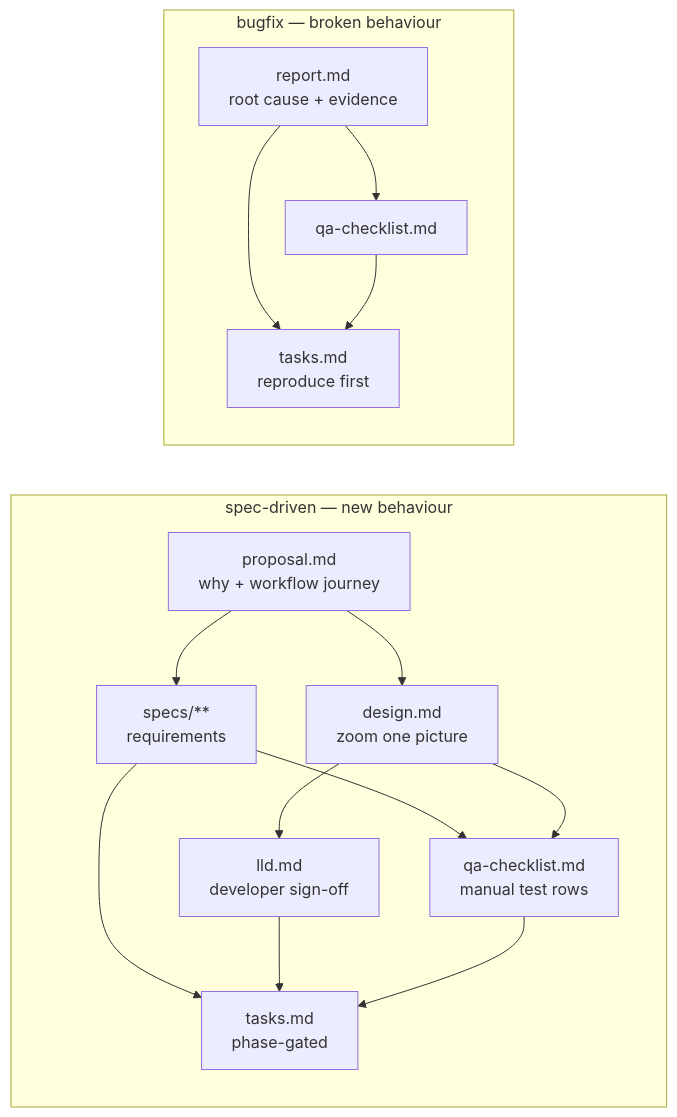
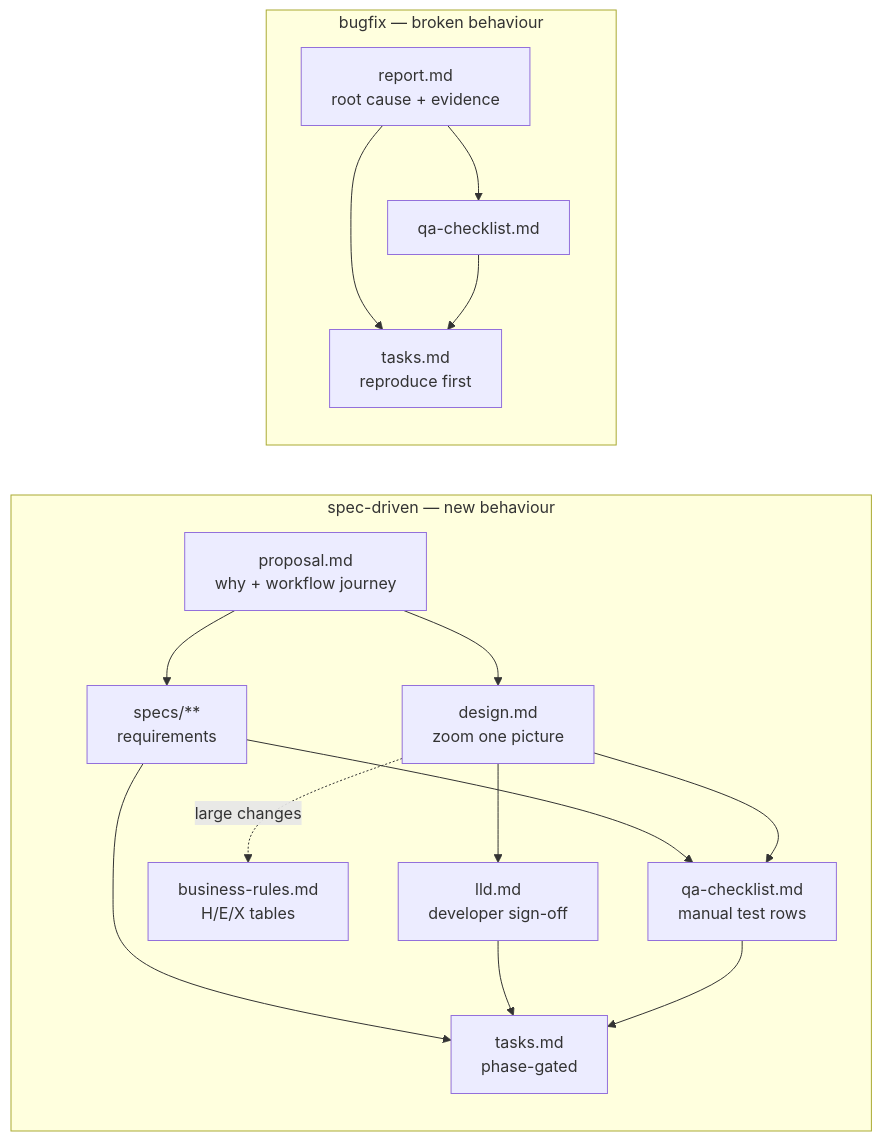
Before and after one commit to ausangshukla/openspec-templates: the diagram in README.md, drawn with Mermaid. The commit also changed other lines of this file and 6 other files, not shown here.

First line of the commit message:
Add business-rules.md split for large changes

````diff
--- a/README.md
+++ b/README.md
@@ -12,18 +12,19 @@
 ```mermaid
 flowchart LR
     subgraph SD["spec-driven — new behaviour"]
         P["proposal.md<br/>why + workflow journey"] --> S["specs/**<br/>requirements"]
         P --> D["design.md<br/>zoom one picture"]
         D --> L["lld.md<br/>developer sign-off"]
+        D -. "large changes" .-> B["business-rules.md<br/>H/E/X tables"]
         S --> Q["qa-checklist.md<br/>manual test rows"]
         D --> Q
         S --> T["tasks.md<br/>phase-gated"]
         L --> T
         Q --> T
     end
     subgraph BF["bugfix — broken behaviour"]
         R["report.md<br/>root cause + evidence"] --> Q2["qa-checklist.md"]
         R --> T2["tasks.md<br/>reproduce first"]
         Q2 --> T2
     end
 ```
````
